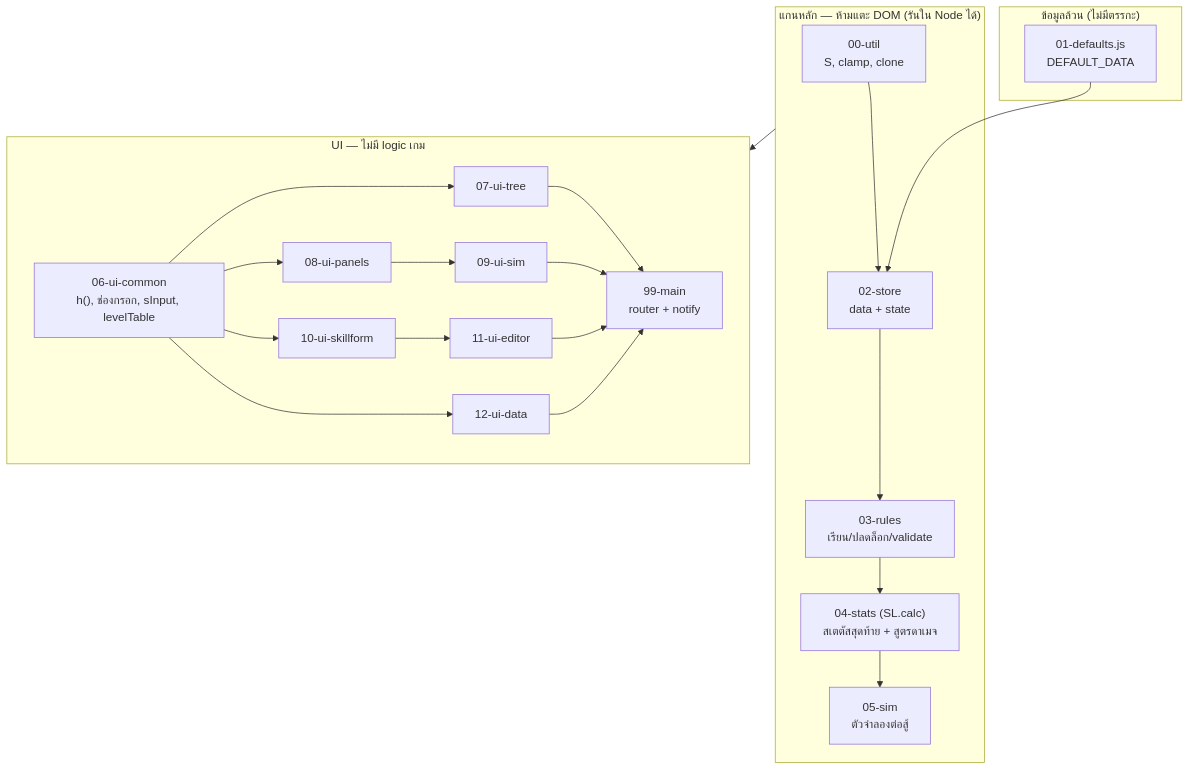
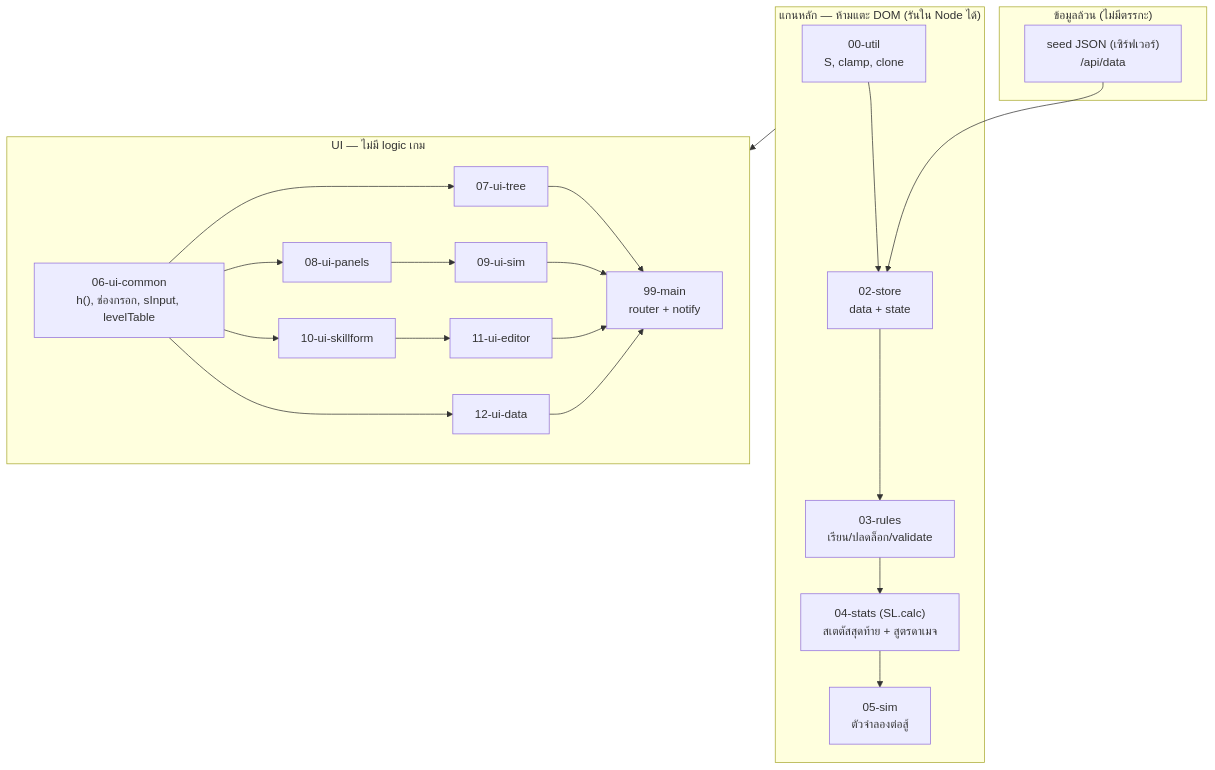
The first of 2 diagrams in docs/ARCHITECTURE.md (Elz199x/buildgame), drawn with Mermaid before and after one commit. The commit also changed other lines of this file and 145 other files, not shown here.

````diff
--- a/docs/ARCHITECTURE.md
+++ b/docs/ARCHITECTURE.md
@@ -20,24 +19,24 @@
 ```mermaid
 flowchart TB
   subgraph DATA["ข้อมูลล้วน (ไม่มีตรรกะ)"]
-    DEF["01-defaults.js<br/>DEFAULT_DATA"]
+    DEF["seed JSON (เซิร์ฟเวอร์)<br/>/api/data"]
   end
   subgraph CORE["แกนหลัก — ห้ามแตะ DOM (รันใน Node ได้)"]
     UTIL["00-util<br/>S, clamp, clone"] --> STORE["02-store<br/>data + state"]
     STORE --> RULES["03-rules<br/>เรียน/ปลดล็อก/validate"]
     RULES --> CALC["04-stats (SL.calc)<br/>สเตตัสสุดท้าย + สูตรดาเมจ"]
     CALC --> SIM["05-sim<br/>ตัวจำลองต่อสู้"]
   end
   subgraph UI["UI — ไม่มี logic เกม"]
     COMMON["06-ui-common<br/>h(), ช่องกรอก, sInput, levelTable"]
     TREE["07-ui-tree"]
     PANELS["08-ui-panels"] --> SIMUI["09-ui-sim"]
     SKF["10-ui-skillform"] --> EDIT["11-ui-editor"]
     DATAUI["12-ui-data"]
     MAIN["99-main<br/>router + notify"]
   end
   DEF --> STORE
   CORE --> UI
   COMMON --> TREE & PANELS & SKF & DATAUI
   TREE & SIMUI & EDIT & DATAUI --> MAIN
 ```
````
